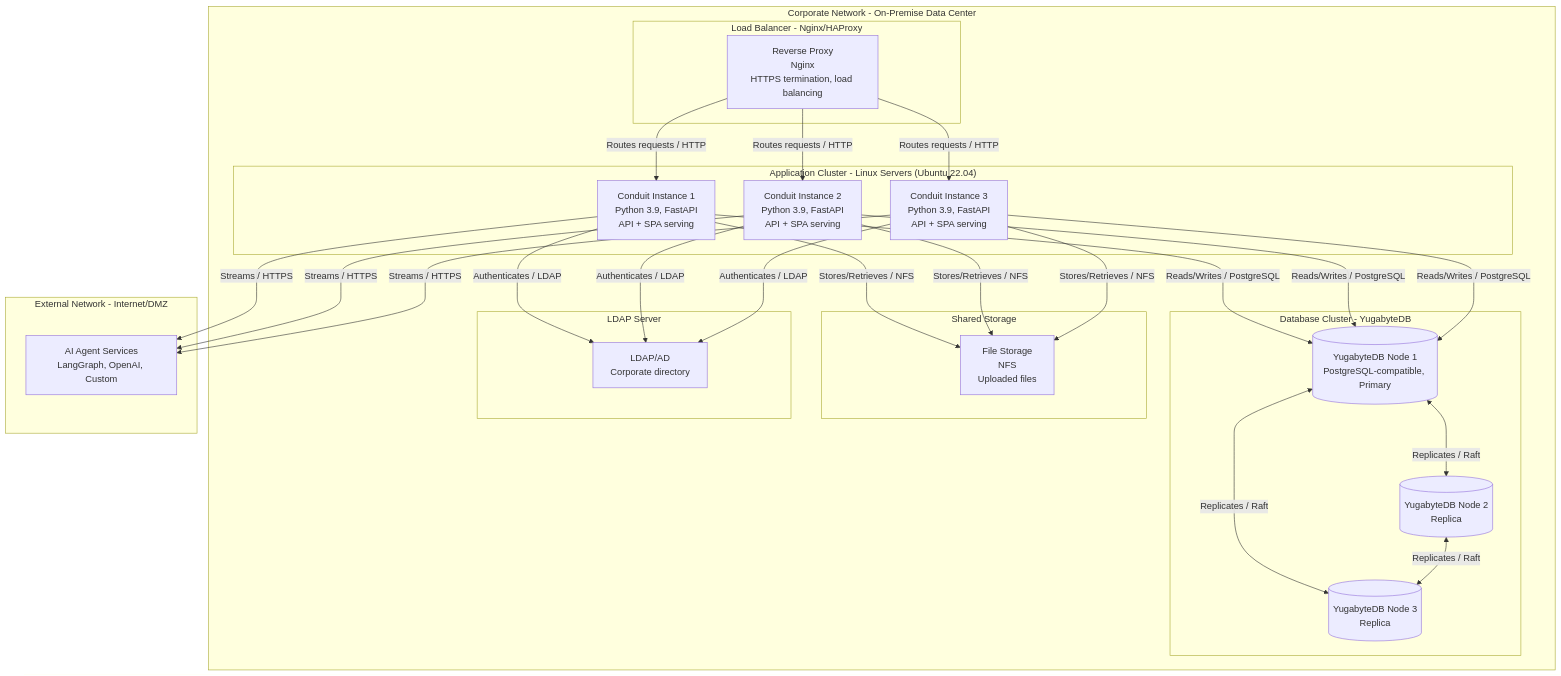
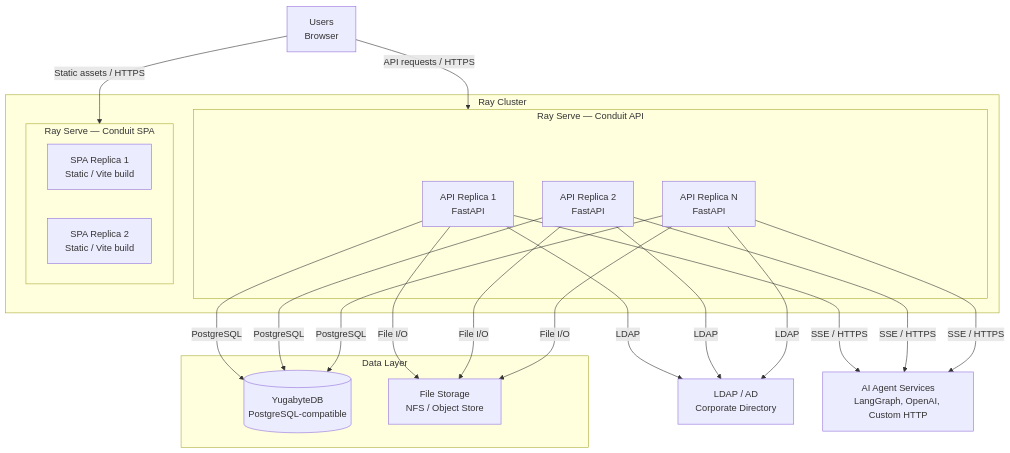
One commit to sweiyang/frontier changed the diagram in docs/ard/05-deployment.mmd. Above: the diagram before and after it, drawn with Mermaid. The commit also changed 147 other files, not shown here.

```diff
--- a/docs/ard/05-deployment.mmd
+++ b/docs/ard/05-deployment.mmd
@@ -1,55 +1,32 @@
-%% Deployment Diagram - Conduit On-Premise Infrastructure
+%% Deployment Diagram - Conduit on Ray Serve
 flowchart TB
-    subgraph corp["Corporate Network - On-Premise Data Center"]
-        subgraph lb["Load Balancer - Nginx/HAProxy"]
-            nginx["Reverse Proxy<br/>Nginx<br/>HTTPS termination, load balancing"]
+    users["Users<br/>Browser"]
+
+    subgraph ray_cluster["Ray Cluster"]
+        subgraph serve_api["Ray Serve — Conduit API"]
+            api_r1["API Replica 1<br/>FastAPI"]
+            api_r2["API Replica 2<br/>FastAPI"]
+            api_rn["API Replica N<br/>FastAPI"]
         end
 
-        subgraph app_cluster["Application Cluster - Linux Servers (Ubuntu 22.04)"]
-            conduit1["Conduit Instance 1<br/>Python 3.9, FastAPI<br/>API + SPA serving"]
-            conduit2["Conduit Instance 2<br/>Python 3.9, FastAPI<br/>API + SPA serving"]
-            conduit3["Conduit Instance 3<br/>Python 3.9, FastAPI<br/>API + SPA serving"]
-        end
-
-        subgraph db_cluster["Database Cluster - YugabyteDB"]
-            yb1[("YugabyteDB Node 1<br/>PostgreSQL-compatible, Primary")]
-            yb2[("YugabyteDB Node 2<br/>Replica")]
-            yb3[("YugabyteDB Node 3<br/>Replica")]
-        end
-
-        subgraph storage["Shared Storage"]
-            nfs["File Storage<br/>NFS<br/>Uploaded files"]
-        end
-
-        subgraph ldap_server["LDAP Server"]
-            ldap["LDAP/AD<br/>Corporate directory"]
+        subgraph serve_spa["Ray Serve — Conduit SPA"]
+            spa_r1["SPA Replica 1<br/>Static / Vite build"]
+            spa_r2["SPA Replica 2<br/>Static / Vite build"]
         end
     end
 
-    subgraph external["External Network - Internet/DMZ"]
-        agents["AI Agent Services<br/>LangGraph, OpenAI, Custom"]
+    subgraph data["Data Layer"]
+        db[("YugabyteDB<br/>PostgreSQL-compatible")]
+        nfs["File Storage<br/>NFS / Object Store"]
     end
 
-    nginx -->|Routes requests / HTTP| conduit1
-    nginx -->|Routes requests / HTTP| conduit2
-    nginx -->|Routes requests / HTTP| conduit3
+    ldap["LDAP / AD<br/>Corporate Directory"]
+    agents["AI Agent Services<br/>LangGraph, OpenAI, Custom HTTP"]
 
-    conduit1 -->|Reads/Writes / PostgreSQL| yb1
-    conduit2 -->|Reads/Writes / PostgreSQL| yb1
-    conduit3 -->|Reads/Writes / PostgreSQL| yb1
+    users -->|"Static assets / HTTPS"| serve_spa
+    users -->|"API requests / HTTPS"| serve_api
 
-    yb1 <-->|Replicates / Raft| yb2
-    yb1 <-->|Replicates / Raft| yb3
-    yb2 <-->|Replicates / Raft| yb3
-
-    conduit1 -->|Stores/Retrieves / NFS| nfs
-    conduit2 -->|Stores/Retrieves / NFS| nfs
-    conduit3 -->|Stores/Retrieves / NFS| nfs
-
-    conduit1 -->|Authenticates / LDAP| ldap
-    conduit2 -->|Authenticates / LDAP| ldap
-    conduit3 -->|Authenticates / LDAP| ldap
-
-    conduit1 -->|Streams / HTTPS| agents
-    conduit2 -->|Streams / HTTPS| agents
-    conduit3 -->|Streams / HTTPS| agents
+    api_r1 & api_r2 & api_rn -->|PostgreSQL| db
+    api_r1 & api_r2 & api_rn -->|File I/O| nfs
+    api_r1 & api_r2 & api_rn -->|LDAP| ldap
+    api_r1 & api_r2 & api_rn -->|"SSE / HTTPS"| agents
```
